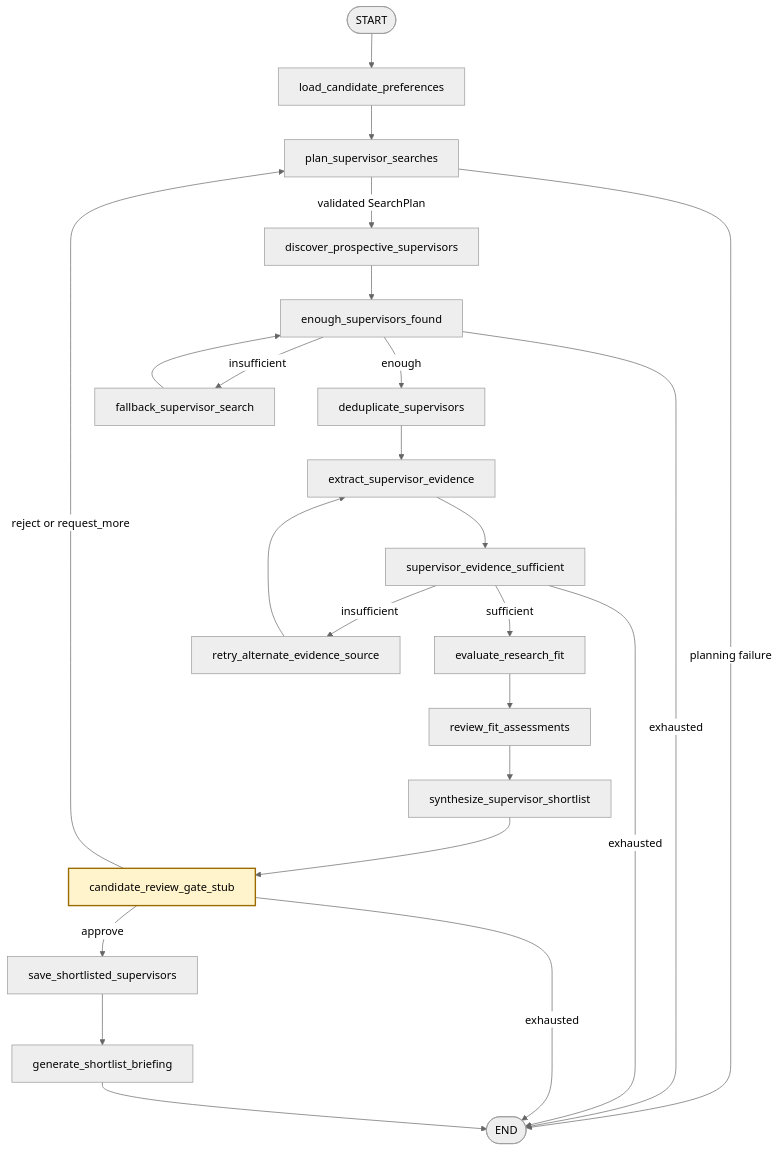
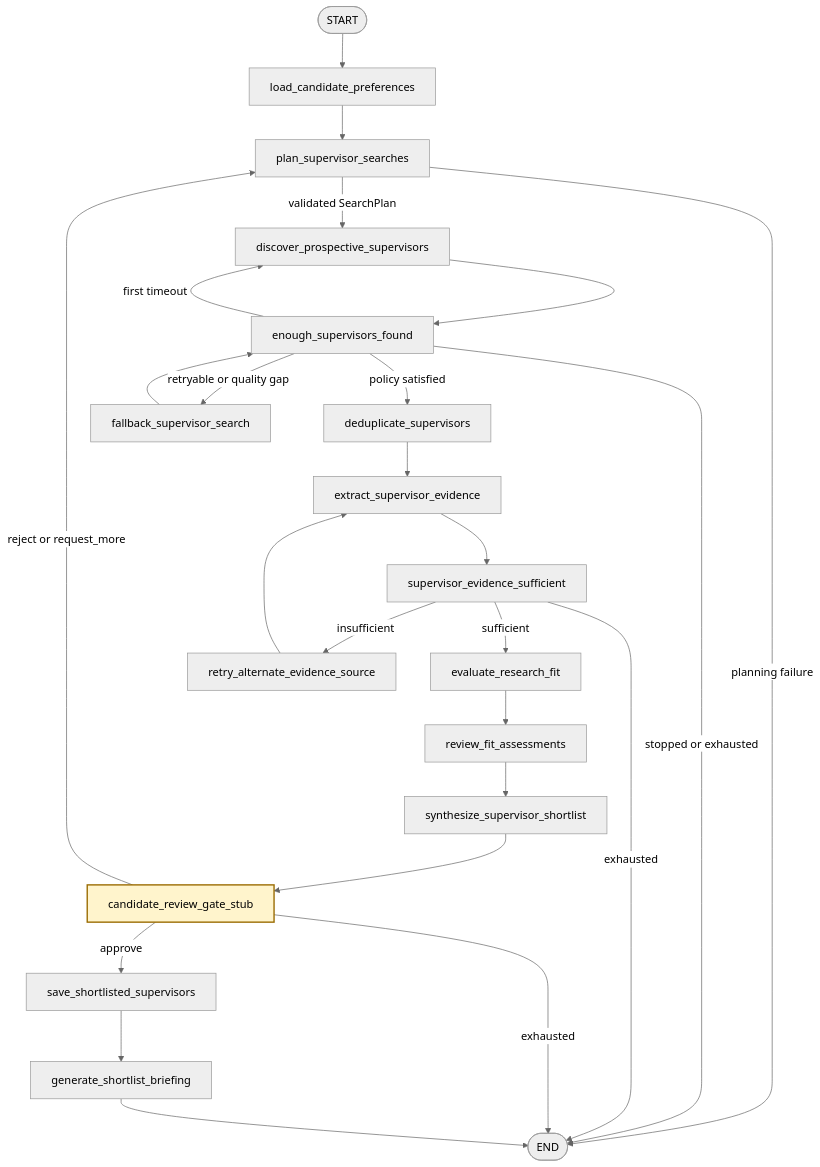
Before and after one commit to shanly-rajan/ai-builder: the seventh of 14 diagrams in projects/scholar-path/docs/architecture.md, drawn with Mermaid (neutral theme). The commit also changed other lines of this file and 35 other files, not shown here.

Commit message:
feat: add resilient Supervisor discovery with Tavily fallback

````diff
--- a/projects/scholar-path/docs/architecture.md
+++ b/projects/scholar-path/docs/architecture.md
@@ -146,29 +194,30 @@
 ```mermaid
 flowchart TD
     START([START]) --> Load[load_candidate_preferences]
     Load --> Plan[plan_supervisor_searches]
     Plan -->|validated SearchPlan| Discover[discover_prospective_supervisors]
     Plan -->|planning failure| END([END])
     Discover --> Found[enough_supervisors_found]
-    Found -->|enough| Dedupe[deduplicate_supervisors]
-    Found -->|insufficient| Fallback[fallback_supervisor_search]
-    Found -->|exhausted| END
+    Found -->|policy satisfied| Dedupe[deduplicate_supervisors]
+    Found -->|first timeout| Discover
+    Found -->|retryable or quality gap| Fallback[fallback_supervisor_search]
+    Found -->|stopped or exhausted| END
     Fallback --> Found
     Dedupe --> Extract[extract_supervisor_evidence]
     Extract --> Evidence[supervisor_evidence_sufficient]
     Evidence -->|sufficient| Evaluate[evaluate_research_fit]
     Evidence -->|insufficient| Alternate[retry_alternate_evidence_source]
     Evidence -->|exhausted| END
     Alternate --> Extract
     Evaluate --> Review[review_fit_assessments]
     Review --> Synthesize[synthesize_supervisor_shortlist]
     Synthesize --> Gate[candidate_review_gate_stub]
     Gate -->|approve| Save[save_shortlisted_supervisors]
     Gate -->|reject or request_more| Plan
     Gate -->|exhausted| END
     Save --> Brief[generate_shortlist_briefing]
     Brief --> END
 
     classDef human fill:#fff4cc,stroke:#9a6b00,stroke-width:2px;
     class Gate human;
 ```
````
